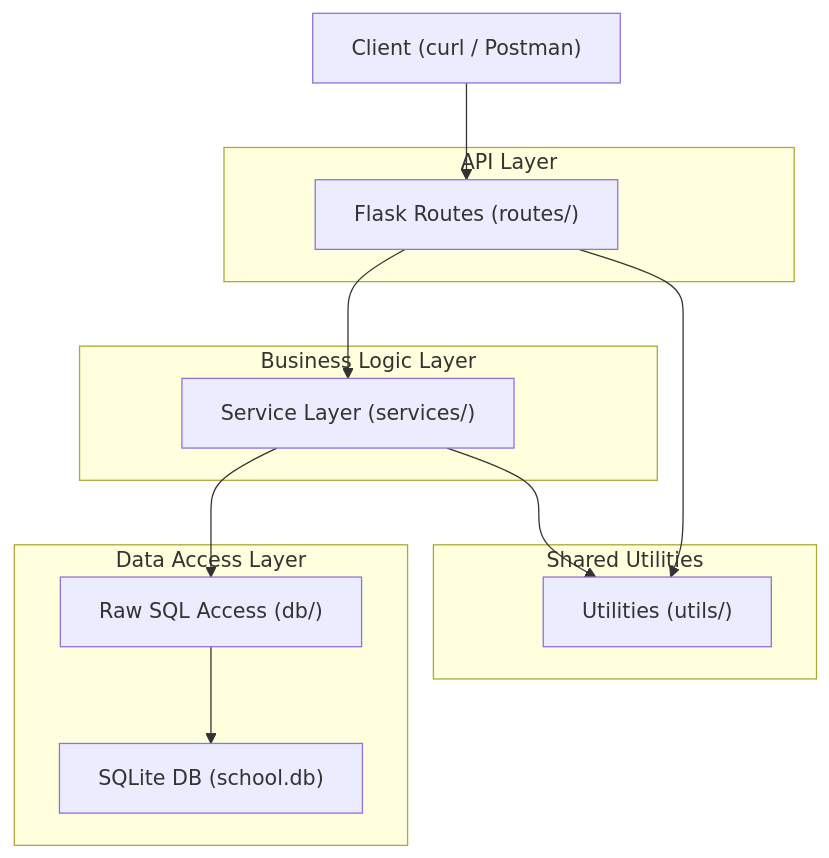
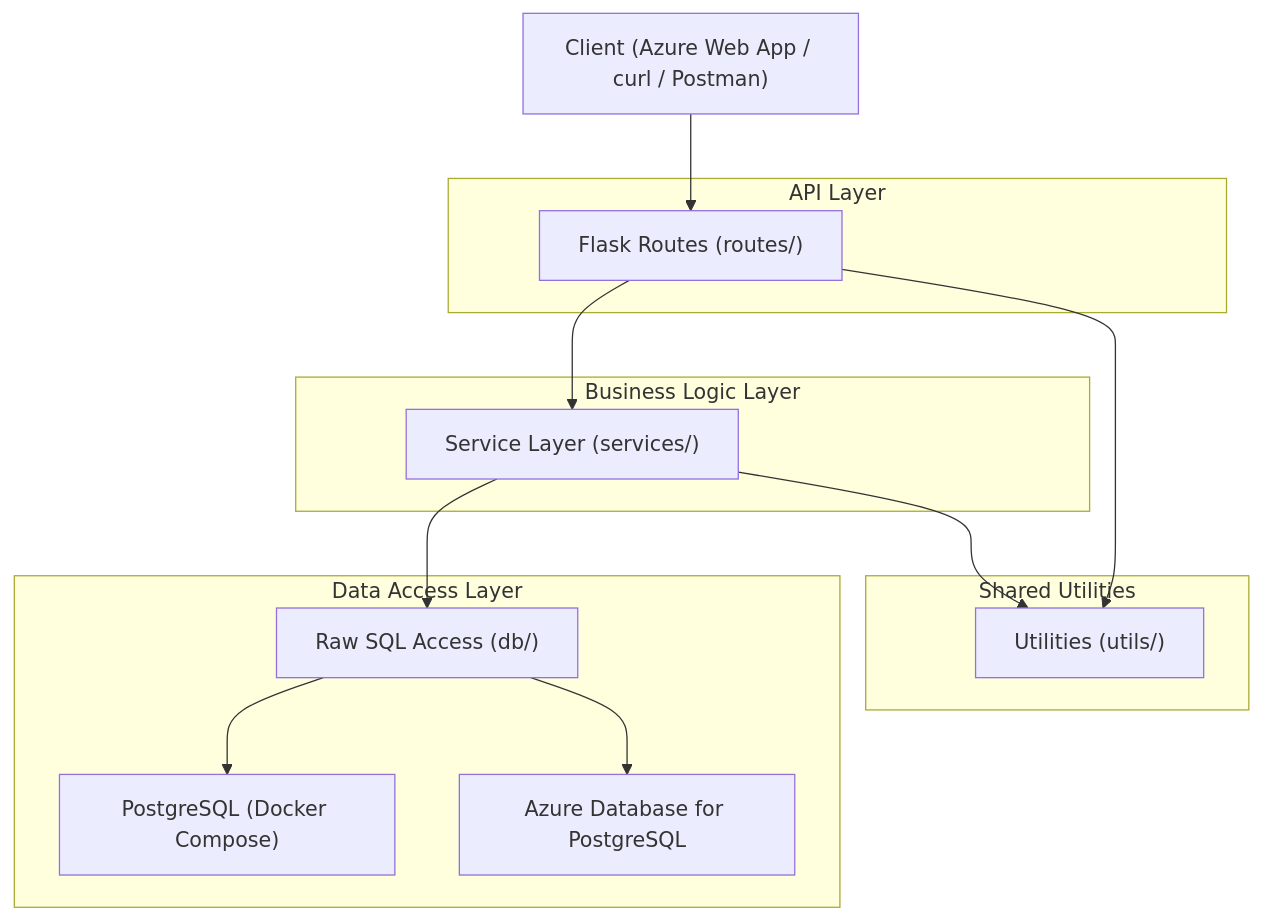
The first of 2 diagrams in docs/architecture.md (victoriacheng15/school-management-api), drawn with Mermaid before and after one commit. The commit also changed other lines of this file, not shown here.

````diff
--- a/docs/architecture.md
+++ b/docs/architecture.md
@@ -11,28 +22,30 @@
 ```mermaid
 flowchart TD
-    ClientTool["Client (curl / Postman)"]
+    ClientTool["Client (Azure Web App / curl / Postman)"]
 
     subgraph "API Layer"
         Routes["Flask Routes (routes/)"]
     end
 
     subgraph "Business Logic Layer"
         Services["Service Layer (services/)"]
     end
 
     subgraph "Shared Utilities"
         Utils["Utilities (utils/)"]
     end
 
     subgraph "Data Access Layer"
         DB["Raw SQL Access (db/)"]
-        SQLite["SQLite DB (school.db)"]
+        LocalPG["PostgreSQL (Docker Compose)"]
+        AzurePG["Azure Database for PostgreSQL"]
     end
 
     ClientTool --> Routes
     Routes --> Services
     Routes --> Utils
     Services --> Utils
     Services --> DB
-    DB --> SQLite
+    DB --> LocalPG
+    DB --> AzurePG
 ```
````
